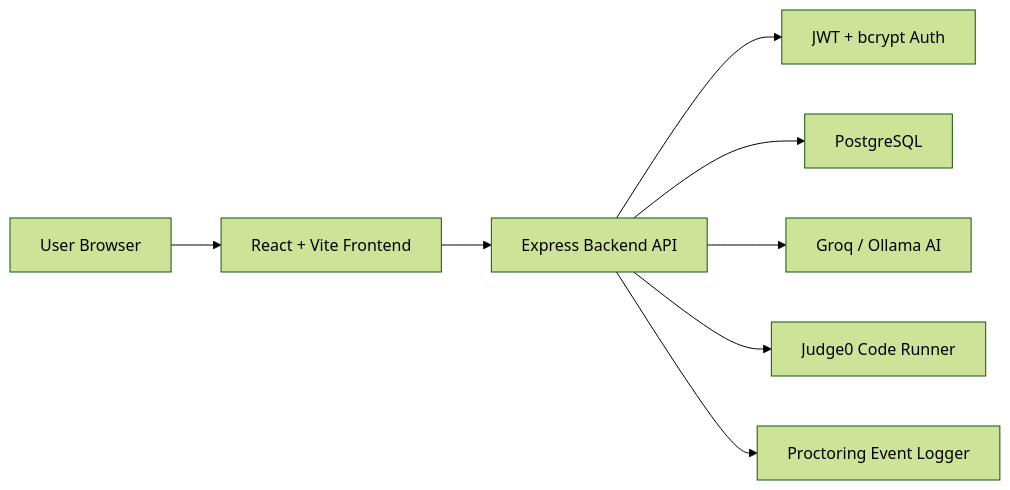
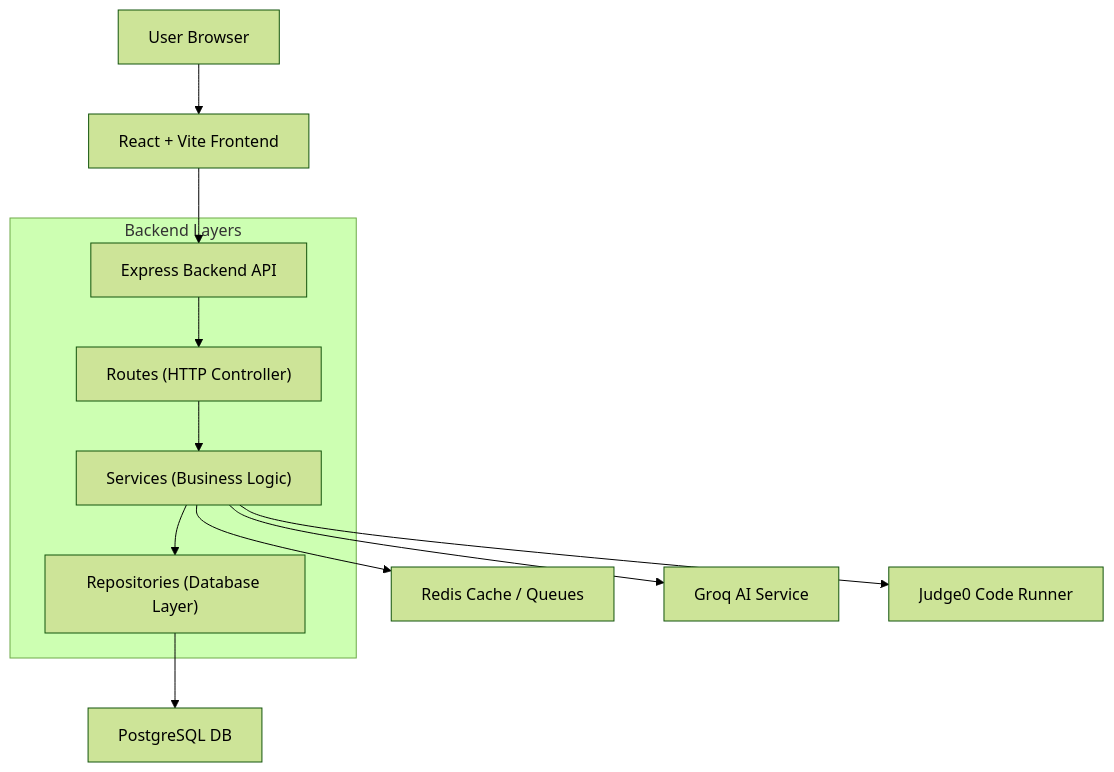
The first of 3 diagrams in docs/ARCHITECTURE.md (sreethan05/intellihire), drawn with Mermaid (forest theme) before and after one commit. The commit also changed other lines of this file and 33 other files, not shown here.

Commit message:
refactor: complete 5-phase codebase architectural overhaul, type check, test and performance tuning

````diff
--- a/docs/ARCHITECTURE.md
+++ b/docs/ARCHITECTURE.md
@@ -7,10 +7,16 @@
 ```mermaid
-flowchart LR
+flowchart TD
   User["User Browser"] --> Frontend["React + Vite Frontend"]
   Frontend --> API["Express Backend API"]
-  API --> Auth["JWT + bcrypt Auth"]
-  API --> DB["PostgreSQL"]
-  API --> AI["Groq / Ollama AI"]
-  API --> Judge["Judge0 Code Runner"]
-  API --> Proctor["Proctoring Event Logger"]
+  
+  subgraph Backend ["Backend Layers"]
+    API --> Routes["Routes (HTTP Controller)"]
+    Routes --> Services["Services (Business Logic)"]
+    Services --> Repositories["Repositories (Database Layer)"]
+  end
+
+  Repositories --> DB["PostgreSQL DB"]
+  Services --> Cache["Redis Cache / Queues"]
+  Services --> AI["Groq AI Service"]
+  Services --> Judge["Judge0 Code Runner"]
 ```
````
